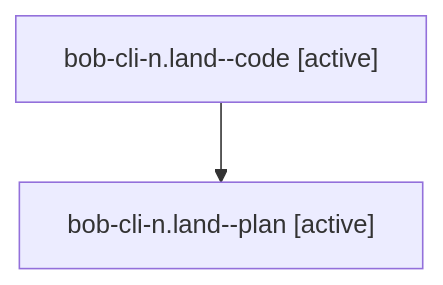
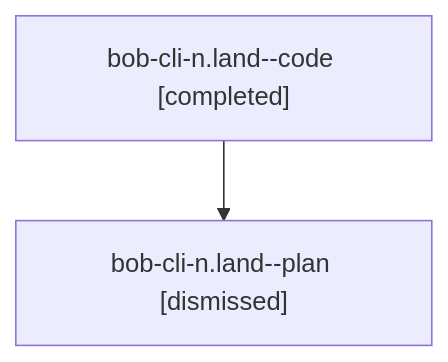
One commit to bobs-org/bob-cli--agents changed the diagram in families/bbugyi200.athena.bob-cli-n.land.md. Above: the diagram before and after it, drawn with Mermaid. The commit also changed other lines of this file and 265 other files, not shown here.

````diff
--- a/families/bbugyi200.athena.bob-cli-n.land.md
+++ b/families/bbugyi200.athena.bob-cli-n.land.md
@@ -9,6 +9,6 @@
 ```mermaid
 flowchart TD
-  n0["bob-cli-n.land--code [active]"]
-  n1["bob-cli-n.land--plan [active]"]
+  n0["bob-cli-n.land--code [completed]"]
+  n1["bob-cli-n.land--plan [dismissed]"]
   n0 --> n1
 ```
````
